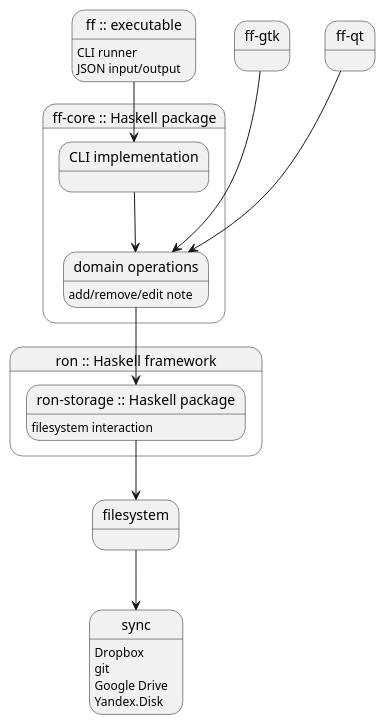
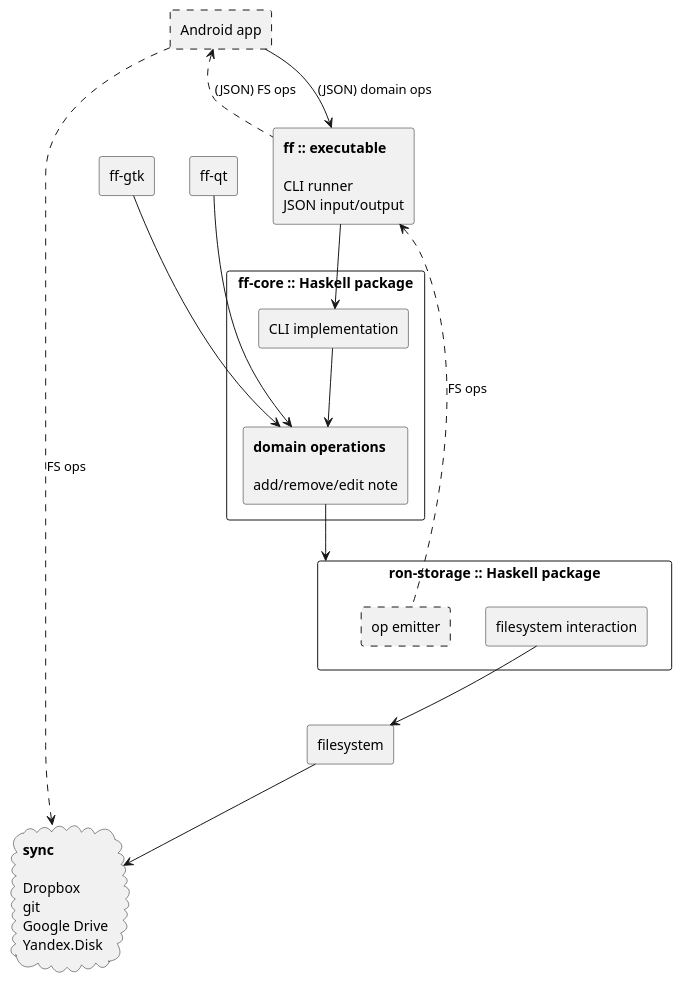
The diagram in doc/arch.plantuml (ff-notes/ff), drawn with PlantUML before and after one commit.

Commit message:
Add hypothetical Android app arcitecture

```diff
--- a/doc/arch.plantuml
+++ b/doc/arch.plantuml
@@ -1,41 +1,59 @@
 @startuml
 
-state "ff :: executable" as ff_exe
-ff_exe : CLI runner
-ff_exe : JSON input/output
+rectangle "Android app" as android_app #line.dashed
 
-state "ff-gtk" as ff_gtk
+rectangle ff_exe [
+    **ff :: executable**
 
-state "ff-qt" as ff_qt
+    CLI runner
+    JSON input/output
+]
 
-state "ff-core :: Haskell package" as ff_core {
-    state "CLI implementation" as cli
+android_app --> ff_exe : (JSON) domain ops
+android_app <.. ff_exe : (JSON) FS ops
+
+rectangle "ff-gtk" as ff_gtk
+
+rectangle "ff-qt" as ff_qt
+
+rectangle "ff-core :: Haskell package" as ff_core {
+    rectangle "CLI implementation" as cli
     ff_exe --> cli
 
-    state "domain operations" as operations
-    operations : add/remove/edit note
+    rectangle operations [
+        **domain operations**
+
+        add/remove/edit note
+    ]
 
     ff_gtk  --->    operations
     ff_qt   --->    operations
     cli     -->     operations
 }
 
-state filesystem
+rectangle filesystem
 
-state "ron :: Haskell framework" as ron_all {
-    state "ron-storage :: Haskell package" as ron_storage
-    ron_storage : filesystem interaction
-
-    operations --> ron_storage
-    ron_storage --> filesystem
+rectangle "ron-storage :: Haskell package" as ron_storage {
+    rectangle "filesystem interaction" as filesystem_interaction
+    rectangle "op emitter" as op_emitter #line.dashed
 }
 
-state sync
-sync : Dropbox
-sync : git
-sync : Google Drive
-sync : Yandex.Disk
+operations --> ron_storage
+filesystem_interaction --> filesystem
+
+ff_exe <.. op_emitter : FS ops
+
+cloud sync [
+    **sync**
+
+    Dropbox
+    git
+    Google Drive
+    Yandex.Disk
+]
 
 filesystem --> sync
 
+android_app ..> sync : FS ops
+
 @enduml
```
